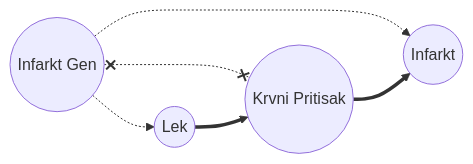
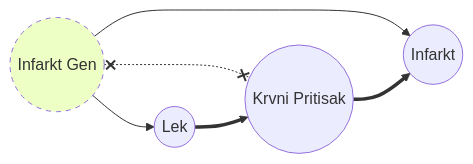
Before and after one commit to nikola-grubor/nikola-grubor.github.io: the fourth of 5 diagrams in myblog/posts/sr/kauzalno-zakljucivanje/index.qmd, drawn with Mermaid. The commit also changed other lines of this file and 20 other files, not shown here.

````diff
--- a/myblog/posts/sr/kauzalno-zakljucivanje/index.qmd
+++ b/myblog/posts/sr/kauzalno-zakljucivanje/index.qmd
@@ -114,11 +258,12 @@
 ```{mermaid}
 %%| label: fig-frontdoor-2
 %%| fig-cap: "Something."
 
 flowchart LR
-  Z((Infarkt Gen)) -.-> X & Y
+  Z((Infarkt Gen)) --> X & Y
   Z x-.-x M
   X((Lek)) ==> M((Krvni Pritisak)) 
   M ==> Y((Infarkt))
+  style Z stroke-dasharray: 5 5, fill:#edffc4
   
 ```
````
